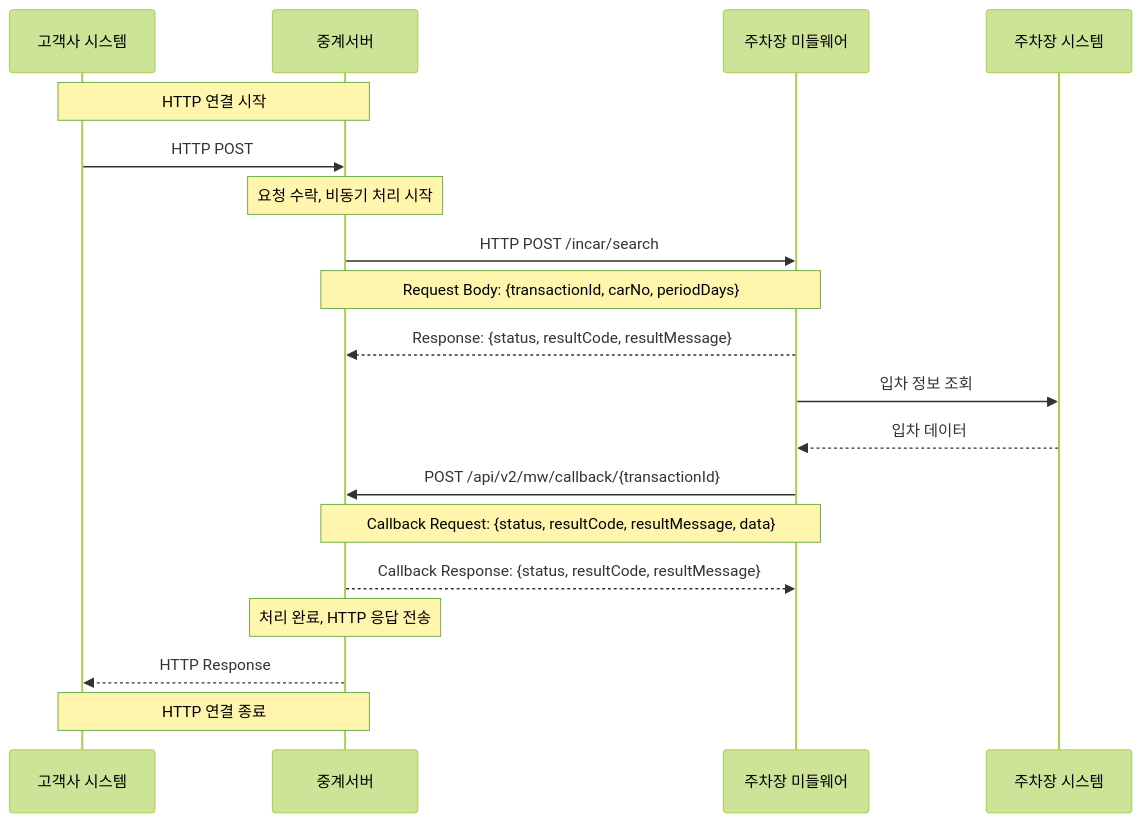
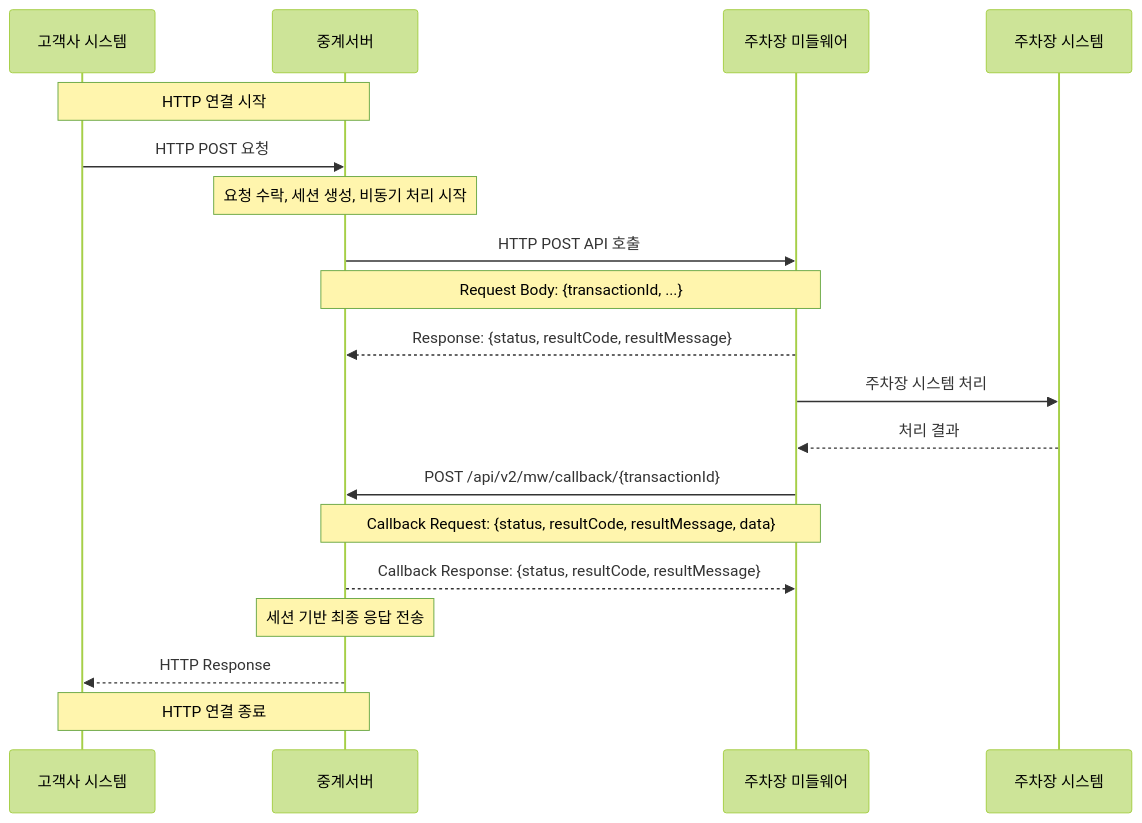
Before and after one commit to hongsoonmyung/test: the second of 2 diagrams in README.md, drawn with Mermaid (forest theme). The commit also changed other lines of this file, not shown here.

````diff
--- a/README.md
+++ b/README.md
@@ -72,27 +71,27 @@
 ```mermaid
 sequenceDiagram
     participant Client as 고객사 시스템
     participant Relay as 중계서버
     participant MW as 주차장 미들웨어
     participant ParkingSystem as 주차장 시스템
 
     Note over Client,Relay: HTTP 연결 시작
-    Client->>Relay: HTTP POST
+    Client->>Relay: HTTP POST 요청
     
-    Note over Relay: 요청 수락, 비동기 처리 시작
-    Relay->>MW: HTTP POST /incar/search
-    Note over Relay,MW: Request Body: {transactionId, carNo, periodDays}
+    Note over Relay: 요청 수락, 세션 생성, 비동기 처리 시작
+    Relay->>MW: HTTP POST API 호출
+    Note over Relay,MW: Request Body: {transactionId, ...}
     MW-->>Relay: Response: {status, resultCode, resultMessage}
     
-    MW->>ParkingSystem: 입차 정보 조회
-    ParkingSystem-->>MW: 입차 데이터
+    MW->>ParkingSystem: 주차장 시스템 처리
+    ParkingSystem-->>MW: 처리 결과
     
     MW->>Relay: POST /api/v2/mw/callback/{transactionId}
     Note over MW,Relay: Callback Request: {status, resultCode, resultMessage, data}
     
     Relay-->>MW: Callback Response: {status, resultCode, resultMessage}
     
-    Note over Relay: 처리 완료, HTTP 응답 전송
+    Note over Relay: 세션 기반 최종 응답 전송
     Relay-->>Client: HTTP Response
     Note over Client,Relay: HTTP 연결 종료
 ```
````
